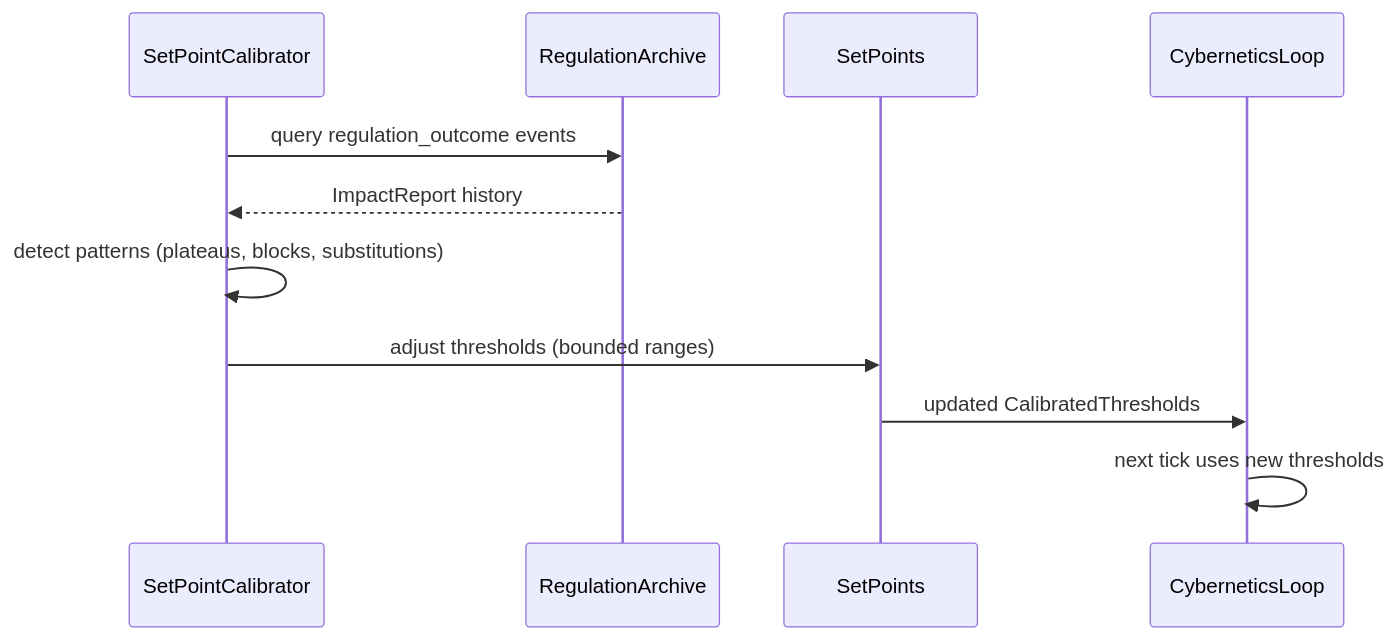
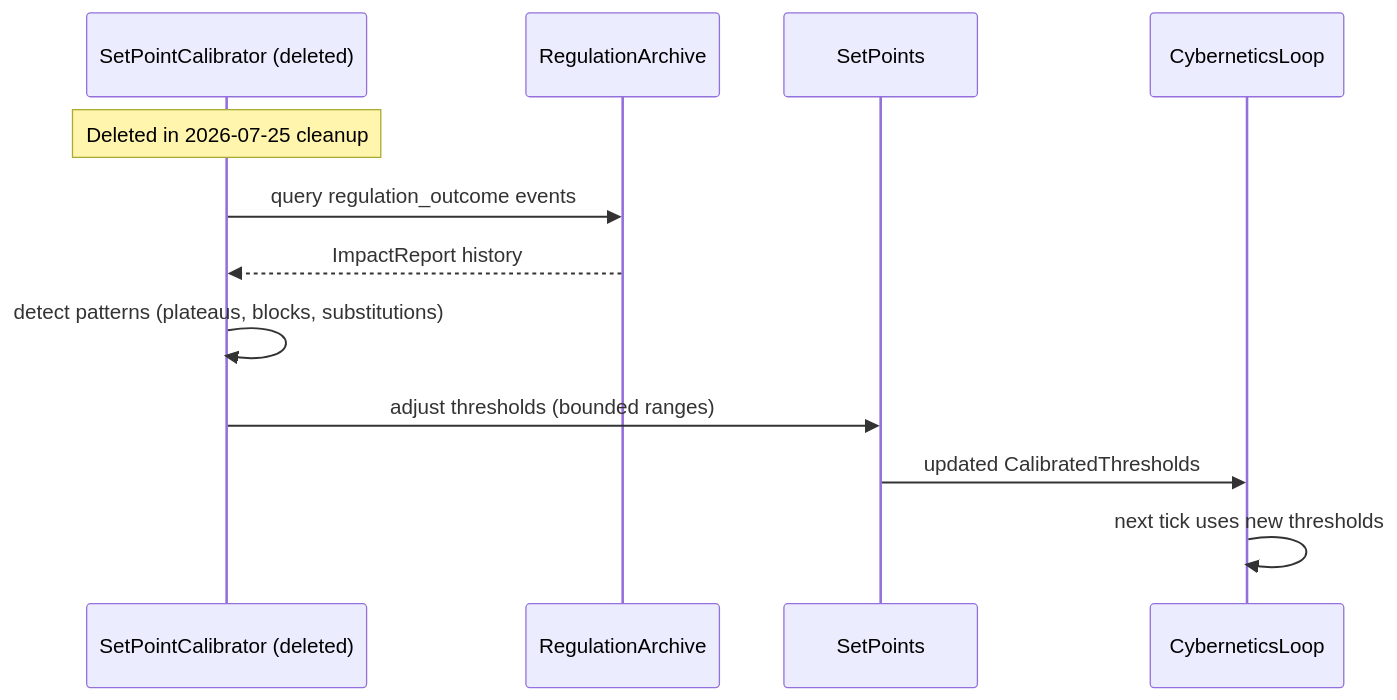
One commit to mdz-axo/zed-kask changed the fourth of 6 diagrams in kask/docs/architecture/core/toyota-kata-cybernetic-mapping.md. Above: the diagram before and after it, drawn with Mermaid. The commit also changed other lines of this file and 5 other files, not shown here.

````diff
--- a/kask/docs/architecture/core/toyota-kata-cybernetic-mapping.md
+++ b/kask/docs/architecture/core/toyota-kata-cybernetic-mapping.md
@@ -344,14 +333,15 @@
 ```mermaid
 sequenceDiagram
-    participant SPC as SetPointCalibrator
+    participant SPC as SetPointCalibrator (deleted)
     participant NES as RegulationArchive
     participant SP as SetPoints
     participant CL as CyberneticsLoop
 
+    Note over SPC: Deleted in 2026-07-25 cleanup
     SPC->>NES: query regulation_outcome events
     NES-->>SPC: ImpactReport history
     SPC->>SPC: detect patterns (plateaus, blocks, substitutions)
     SPC->>SP: adjust thresholds (bounded ranges)
     SP->>CL: updated CalibratedThresholds
     CL->>CL: next tick uses new thresholds
 ```
````
